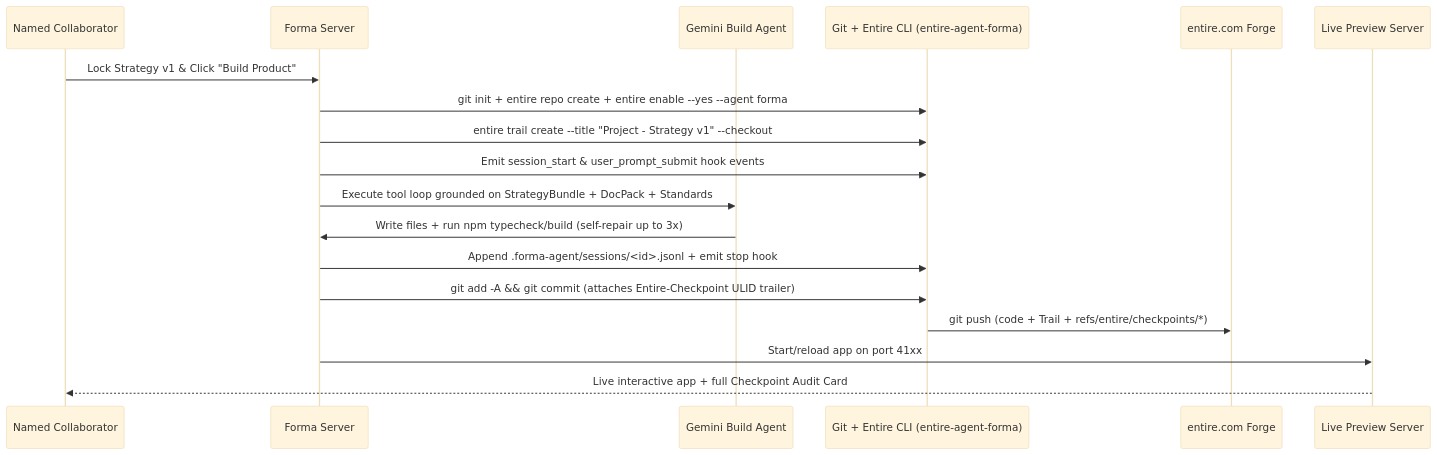
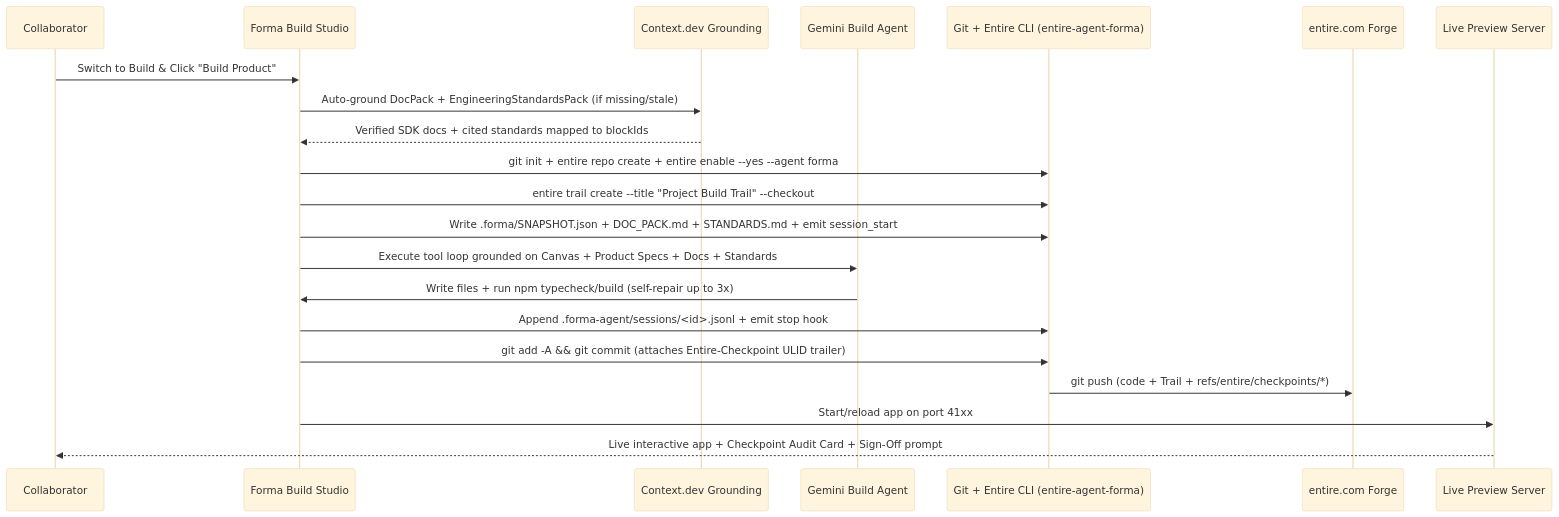
Before and after one commit to sadilet/forma: the third of 3 diagrams in docs/plan.md, drawn with Mermaid (base theme). The commit also changed other lines of this file and 1 other file, not shown here.

First line of the commit message:
Split Architect product flow from Build Studio engineering rigor.

````diff
--- a/docs/plan.md
+++ b/docs/plan.md
@@ -274,21 +288,24 @@
 ```mermaid
 sequenceDiagram
-  participant User as Named Collaborator
-  participant Forma as Forma Server
+  participant User as Collaborator
+  participant Forma as Forma Build Studio
+  participant Context as Context.dev Grounding
   participant Builder as Gemini Build Agent
   participant GitEntire as Git + Entire CLI (entire-agent-forma)
   participant Cloud as entire.com Forge
   participant Preview as Live Preview Server
 
-  User->>Forma: Lock Strategy v1 & Click "Build Product"
+  User->>Forma: Switch to Build & Click "Build Product"
+  Forma->>Context: Auto-ground DocPack + EngineeringStandardsPack (if missing/stale)
+  Context-->>Forma: Verified SDK docs + cited standards mapped to blockIds
   Forma->>GitEntire: git init + entire repo create + entire enable --yes --agent forma
-  Forma->>GitEntire: entire trail create --title "Project - Strategy v1" --checkout
-  Forma->>GitEntire: Emit session_start & user_prompt_submit hook events
-  Forma->>Builder: Execute tool loop grounded on StrategyBundle + DocPack + Standards
+  Forma->>GitEntire: entire trail create --title "Project Build Trail" --checkout
+  Forma->>GitEntire: Write .forma/SNAPSHOT.json + DOC_PACK.md + STANDARDS.md + emit session_start
+  Forma->>Builder: Execute tool loop grounded on Canvas + Product Specs + Docs + Standards
   Builder->>Forma: Write files + run npm typecheck/build (self-repair up to 3x)
   Forma->>GitEntire: Append .forma-agent/sessions/<id>.jsonl + emit stop hook
   Forma->>GitEntire: git add -A && git commit (attaches Entire-Checkpoint ULID trailer)
   GitEntire->>Cloud: git push (code + Trail + refs/entire/checkpoints/*)
   Forma->>Preview: Start/reload app on port 41xx
-  Preview-->>User: Live interactive app + full Checkpoint Audit Card
+  Preview-->>User: Live interactive app + Checkpoint Audit Card + Sign-Off prompt
 ```
````
